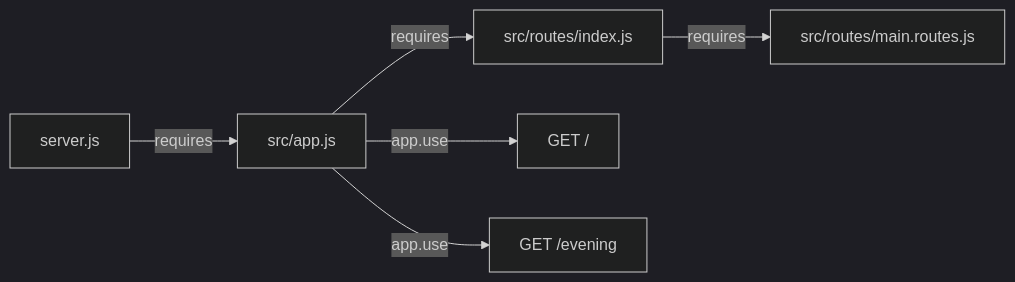
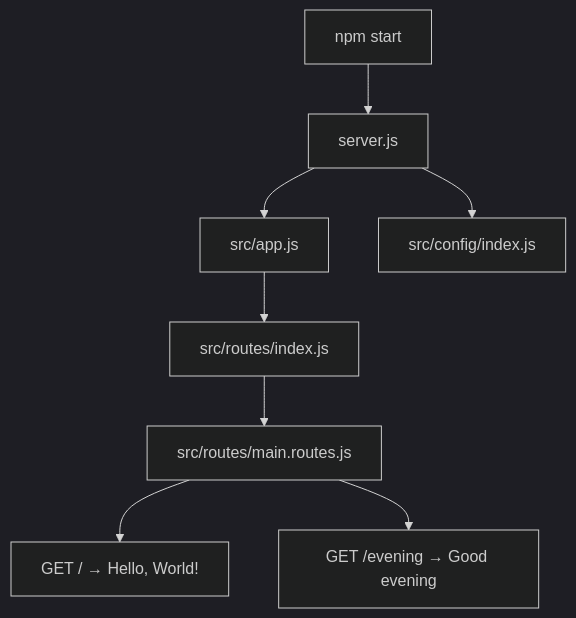
One commit to sudhanshu-spec/test-spec changed the first of 2 diagrams in blitzy/documentation/Technical Specifications.md. Above: the diagram before and after it, drawn with Mermaid (dark theme). The commit also changed other lines of this file, not shown here.

````diff
--- a/blitzy/documentation/Technical Specifications.md
+++ b/blitzy/documentation/Technical Specifications.md
@@ -111,8 +406,10 @@
 ```mermaid
-graph LR
-    A[server.js] -->|requires| B[src/app.js]
-    B -->|requires| C[src/routes/index.js]
-    C -->|requires| D[src/routes/main.routes.js]
-    B -->|app.use| E["GET /"]
-    B -->|app.use| F["GET /evening"]
+graph TD
+    A[npm start] --> B[server.js]
+    B --> C[src/app.js]
+    C --> D[src/routes/index.js]
+    D --> E[src/routes/main.routes.js]
+    B --> F[src/config/index.js]
+    E --> G["GET / → Hello, World!"]
+    E --> H["GET /evening → Good evening"]
 ```
````
